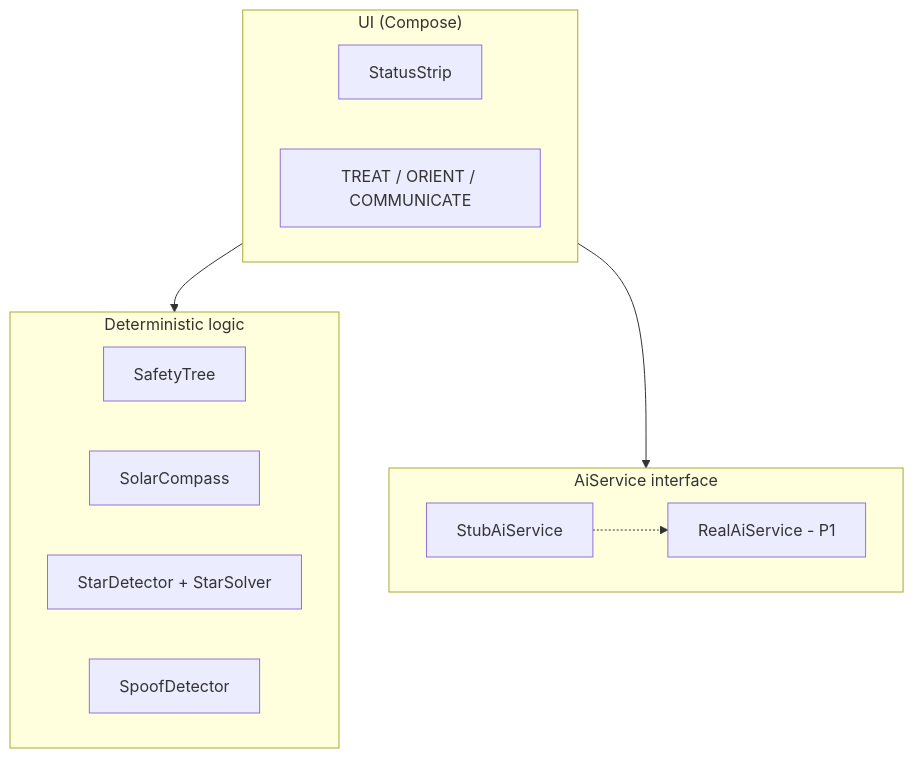
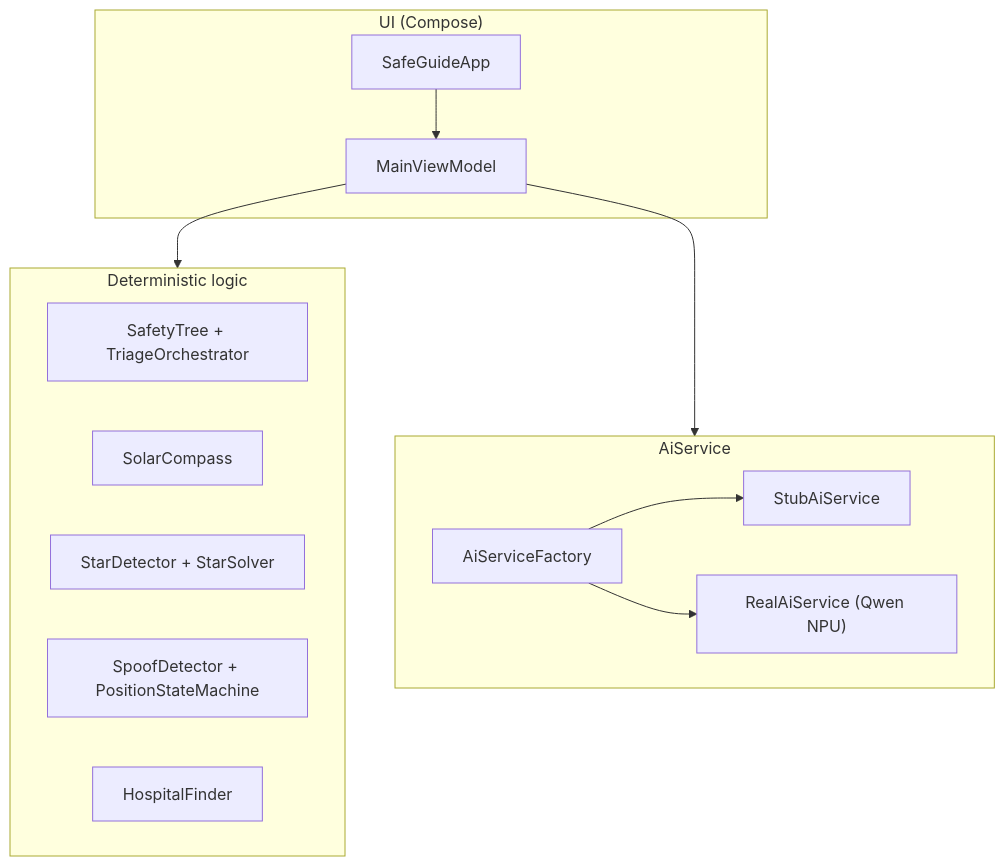
Before and after one commit to arpan-s-dev/QCOM: the diagram in README.md, drawn with Mermaid. The commit also changed other lines of this file and 12 other files, not shown here.

First line of the commit message:
Wire Qwen NPU pipeline with safe stub fallback on PTE load failure.

````diff
--- a/README.md
+++ b/README.md
@@ -65,20 +65,24 @@
 ```mermaid
 flowchart TD
-    subgraph UI["UI (Compose)"]
-        SS[StatusStrip]
-        SW[TREAT / ORIENT / COMMUNICATE]
+    subgraph ui["UI (Compose)"]
+        SS["SafeGuideApp"]
+        VM["MainViewModel"]
     end
-    subgraph CORE["Deterministic logic"]
-        ST[SafetyTree]
-        SC[SolarCompass]
-        SN[StarDetector + StarSolver]
-        SD[SpoofDetector]
+    subgraph core["Deterministic logic"]
+        ST["SafetyTree + TriageOrchestrator"]
+        SC["SolarCompass"]
+        SN["StarDetector + StarSolver"]
+        SD["SpoofDetector + PositionStateMachine"]
+        HF["HospitalFinder"]
     end
-    subgraph AI["AiService interface"]
-        STUB[StubAiService]
-        REAL[RealAiService - P1]
+    subgraph aiSvc["AiService"]
+        AF["AiServiceFactory"]
+        STUB["StubAiService"]
+        REAL["RealAiService (Qwen NPU)"]
     end
-    UI --> CORE
-    UI --> AI
-    STUB -.-> REAL
+    SS --> VM
+    VM --> core
+    VM --> aiSvc
+    AF --> STUB
+    AF --> REAL
 ```
````
